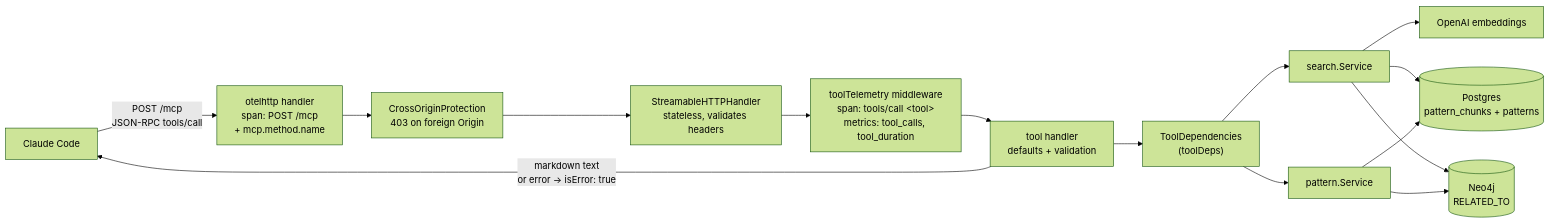
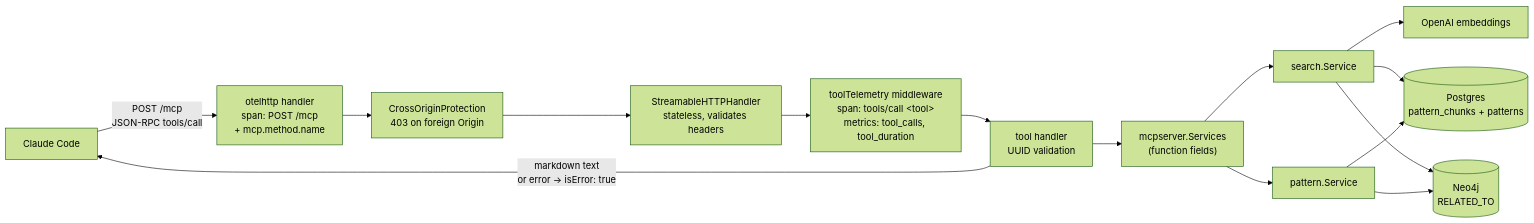
One commit to twistingmercury/mnemonic-docs changed the second of 2 diagrams in docs/design/mcp-server.md. Above: the diagram before and after it, drawn with Mermaid (forest theme). The commit also changed other lines of this file and 8 other files, not shown here.

````diff
--- a/docs/design/mcp-server.md
+++ b/docs/design/mcp-server.md
@@ -174,17 +174,17 @@
 ```mermaid
 flowchart LR
     CC["Claude Code"] -->|"POST /mcp<br/>JSON-RPC tools/call"| OTEL["otelhttp handler<br/>span: POST /mcp<br/>+ mcp.method.name"]
     OTEL --> COP["CrossOriginProtection<br/>403 on foreign Origin"]
     COP --> SH["StreamableHTTPHandler<br/>stateless, validates headers"]
     SH --> MW["toolTelemetry middleware<br/>span: tools/call &lt;tool&gt;<br/>metrics: tool_calls, tool_duration"]
-    MW --> H["tool handler<br/>defaults + validation"]
-    H --> TD["ToolDependencies<br/>(toolDeps)"]
+    MW --> H["tool handler<br/>UUID validation"]
+    H --> TD["mcpserver.Services<br/>(function fields)"]
     TD --> SS["search.Service"]
     TD --> PS["pattern.Service"]
     SS --> EMB["OpenAI embeddings"]
     SS --> PG[("Postgres<br/>pattern_chunks + patterns")]
     SS --> NEO[("Neo4j<br/>RELATED_TO")]
     PS --> PG
     PS --> NEO
     H -->|"markdown text<br/>or error → isError: true"| CC
 ```
````
